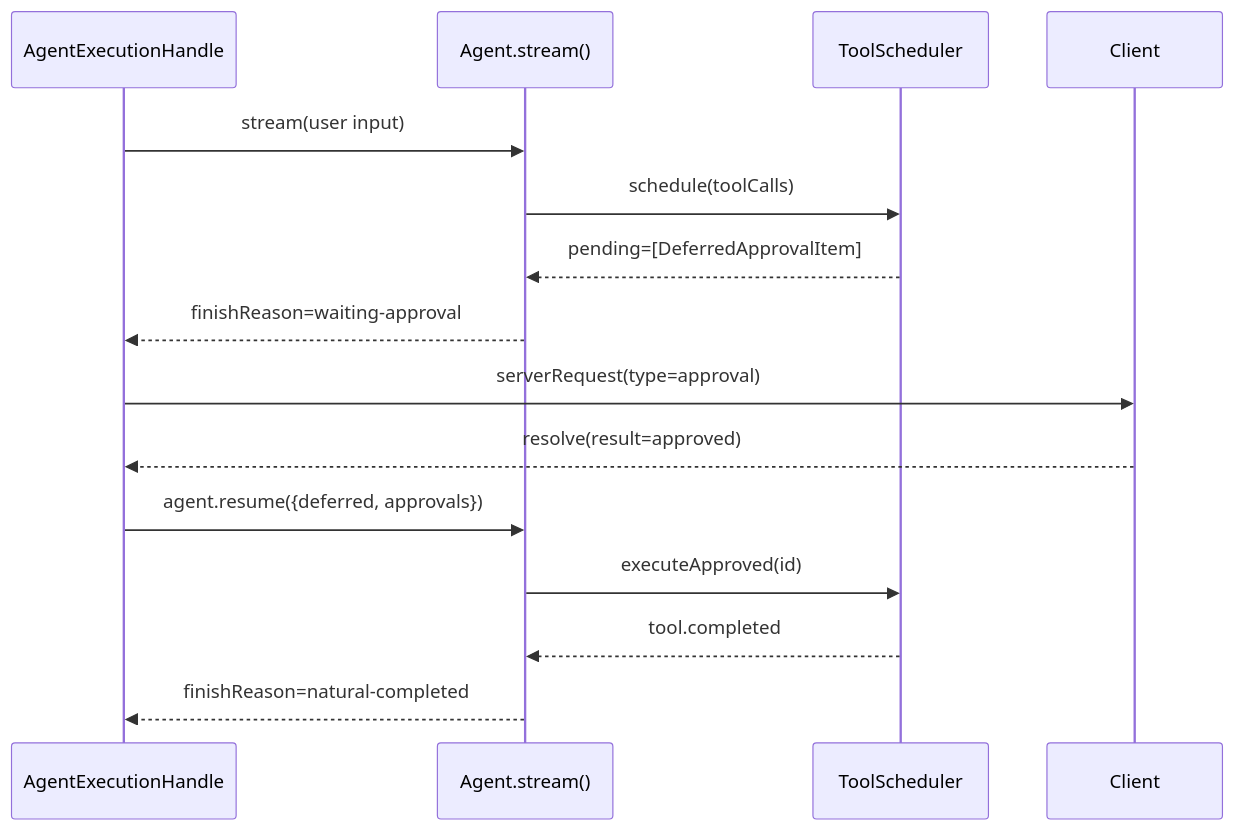
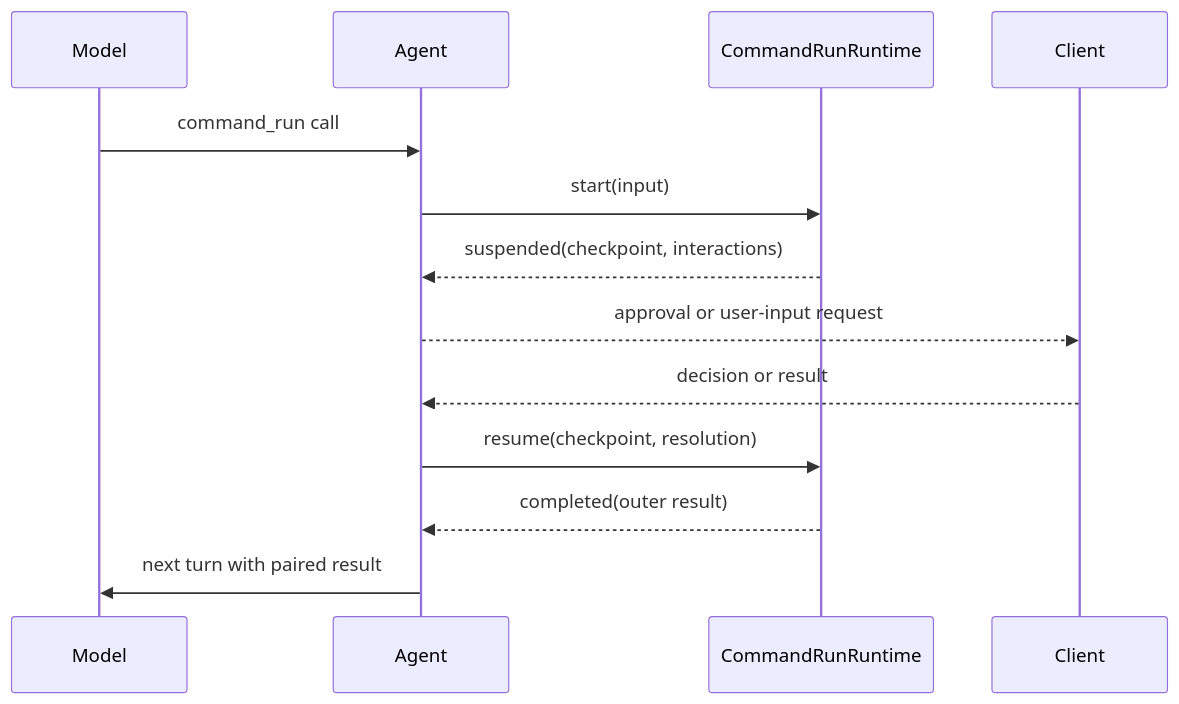
One commit to LunaY77/ello changed the diagram in docs/agent/agent-loop.md. Above: the diagram before and after it, drawn with Mermaid. The commit also changed other lines of this file and 535 other files, not shown here.

First line of the commit message:
feat: 引入 Agent Command Runtime 并完善 Benchmark 体系

````diff
--- a/docs/agent/agent-loop.md
+++ b/docs/agent/agent-loop.md
@@ -242,17 +66,15 @@
 ```mermaid
 sequenceDiagram
-  participant H as AgentExecutionHandle
-  participant A as Agent.stream()
-  participant S as ToolScheduler
-  participant C as Client
-  H->>A: stream(user input)
-  A->>S: schedule(toolCalls)
-  S-->>A: pending=[DeferredApprovalItem]
-  A-->>H: finishReason=waiting-approval
-  H->>C: serverRequest(type=approval)
-  C-->>H: resolve(result=approved)
-  H->>A: agent.resume({deferred, approvals})
-  A->>S: executeApproved(id)
-  S-->>A: tool.completed
-  A-->>H: finishReason=natural-completed
+  participant Model
+  participant Agent
+  participant Runtime as CommandRunRuntime
+  participant Client
+  Model->>Agent: command_run call
+  Agent->>Runtime: start(input)
+  Runtime-->>Agent: suspended(checkpoint, interactions)
+  Agent-->>Client: approval or user-input request
+  Client-->>Agent: decision or result
+  Agent->>Runtime: resume(checkpoint, resolution)
+  Runtime-->>Agent: completed(outer result)
+  Agent->>Model: next turn with paired result
 ```
````
